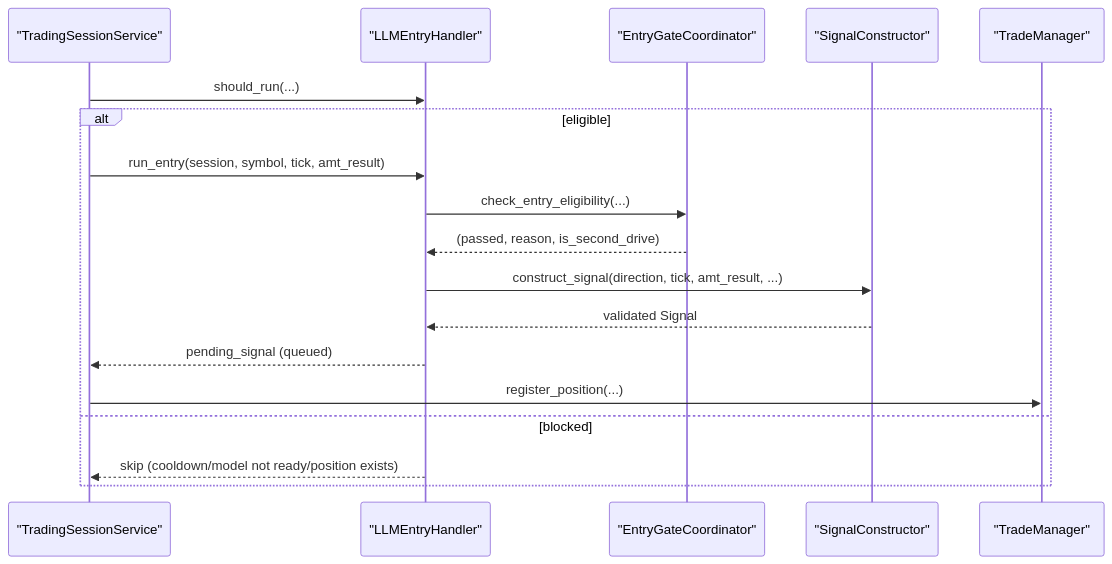
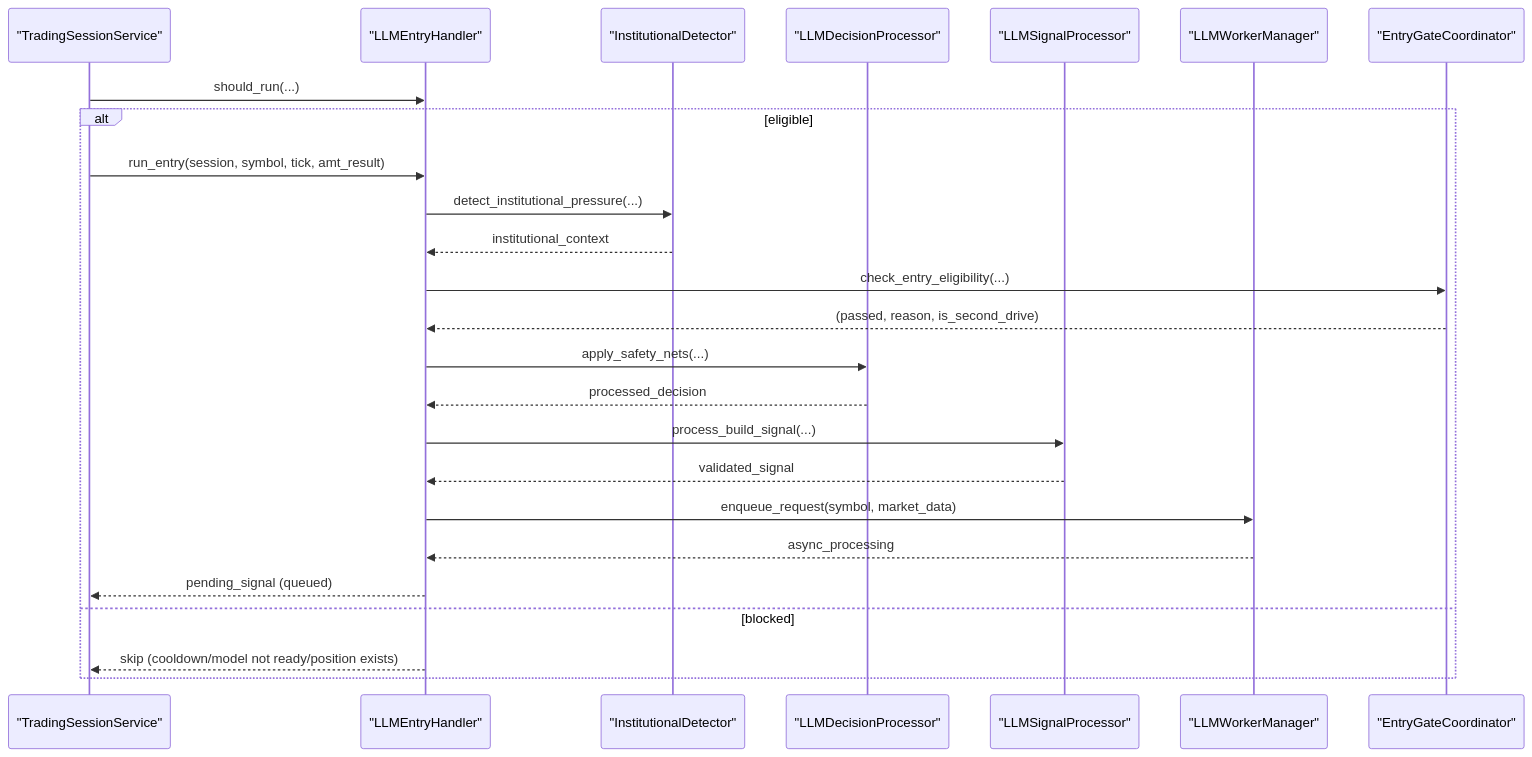
Before and after one commit to gemrajkhatry-maker/v5-of-glassytrade-ai: the eighth of 14 diagrams in .qoder/repowiki/en/content/Backend Application/Application Handlers/Application Handlers.md, drawn with Mermaid. The commit also changed other lines of this file and 219 other files, not shown here.

First line of the commit message:
refactor: major architecture improvements across backend, backendv2, brokers, and frontend

````diff
--- a/.qoder/repowiki/en/content/Backend Application/Application Handlers/Application Handlers.md
+++ b/.qoder/repowiki/en/content/Backend Application/Application Handlers/Application Handlers.md
@@ -212,20 +394,27 @@
 ```mermaid
 sequenceDiagram
 participant Sess as "TradingSessionService"
 participant LLM as "LLMEntryHandler"
+participant Inst as "InstitutionalDetector"
+participant DecProc as "LLMDecisionProcessor"
+participant SigProc as "LLMSignalProcessor"
+participant Worker as "LLMWorkerManager"
 participant Gates as "EntryGateCoordinator"
-participant Sig as "SignalConstructor"
-participant TM as "TradeManager"
 Sess->>LLM : should_run(...)
 alt eligible
 Sess->>LLM : run_entry(session, symbol, tick, amt_result)
+LLM->>Inst : detect_institutional_pressure(...)
+Inst-->>LLM : institutional_context
 LLM->>Gates : check_entry_eligibility(...)
 Gates-->>LLM : (passed, reason, is_second_drive)
-LLM->>Sig : construct_signal(direction, tick, amt_result, ...)
-Sig-->>LLM : validated Signal
+LLM->>DecProc : apply_safety_nets(...)
+DecProc-->>LLM : processed_decision
+LLM->>SigProc : process_build_signal(...)
+SigProc-->>LLM : validated_signal
+LLM->>Worker : enqueue_request(symbol, market_data)
+Worker-->>LLM : async_processing
 LLM-->>Sess : pending_signal (queued)
-Sess->>TM : register_position(...)
 else blocked
 LLM-->>Sess : skip (cooldown/model not ready/position exists)
 end
 ```
````
